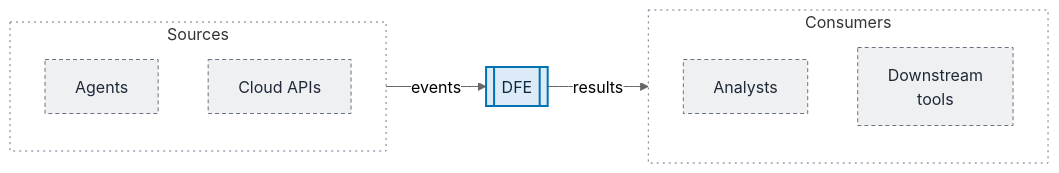
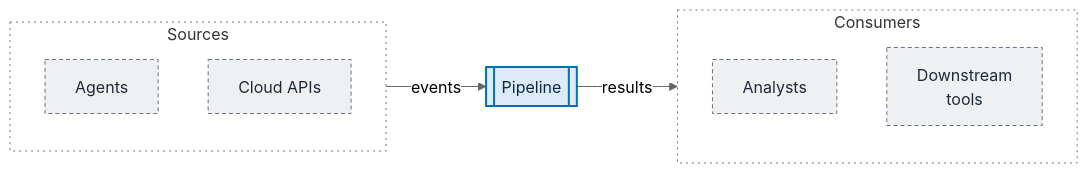
The first of 8 diagrams in style/diagram-templates.md (hyperi-io/merrow), drawn with Mermaid (neutral theme) before and after one commit. The commit also changed other lines of this file and 28 other files, not shown here.

````diff
--- a/style/diagram-templates.md
+++ b/style/diagram-templates.md
@@ -9,28 +9,28 @@
 ```mermaid
 flowchart LR
-    accTitle: L1 Context -- DFE
-    accDescr: Agents and cloud APIs send events to DFE. DFE returns results to analysts and downstream tools.
+    accTitle: L1 Context -- Pipeline
+    accDescr: Agents and cloud APIs send events to the pipeline. The pipeline returns results to analysts and downstream tools.
 
     subgraph sources["Sources"]
         agents["Agents"]
         apis["Cloud APIs"]
     end
 
-    dfe[["DFE"]]
+    pipeline[["Pipeline"]]
 
     subgraph consumers["Consumers"]
         analysts["Analysts"]
         tools["Downstream<br/>tools"]
     end
 
-    sources -->|events| dfe
-    dfe -->|results| consumers
+    sources -->|events| pipeline
+    pipeline -->|results| consumers
 
     classDef default fill:#F8FAFC,stroke:#64748B,stroke-width:1px,color:#0F172A
     classDef core fill:#DCEBF7,stroke:#0072B2,stroke-width:2px,color:#0B2A3F
     classDef ext fill:#EEF0F2,stroke:#6B7280,stroke-width:1px,stroke-dasharray:4 3,color:#1F2937
     classDef group fill:none,stroke:#64748B,stroke-width:1px,stroke-dasharray:2 4
     class agents,apis,analysts,tools ext
-    class dfe core
+    class pipeline core
     class sources,consumers group
 ```
````
